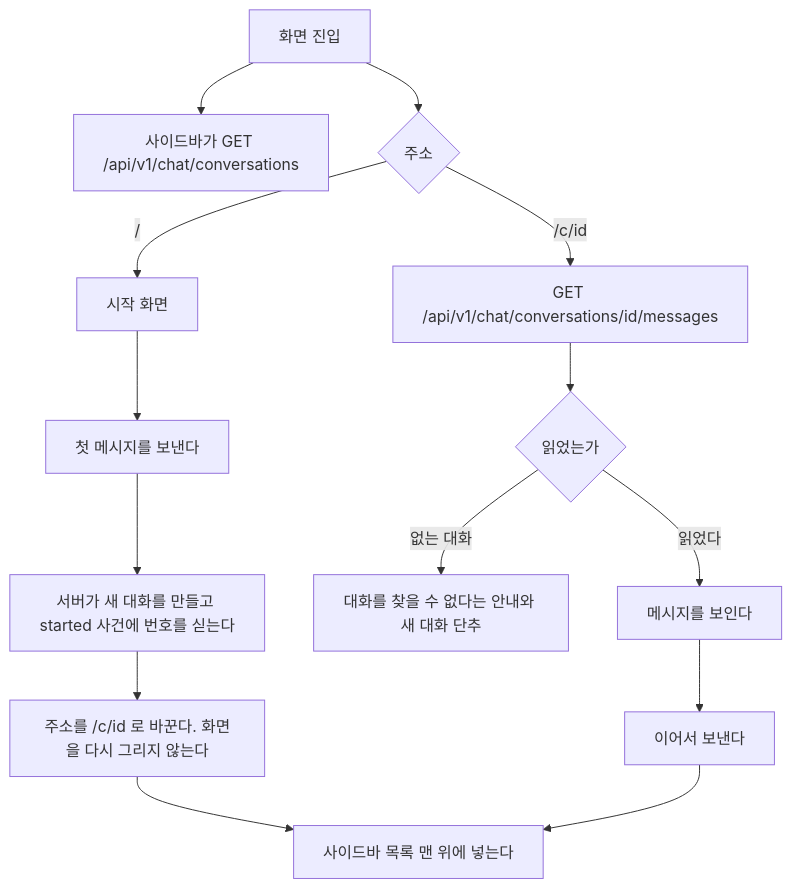
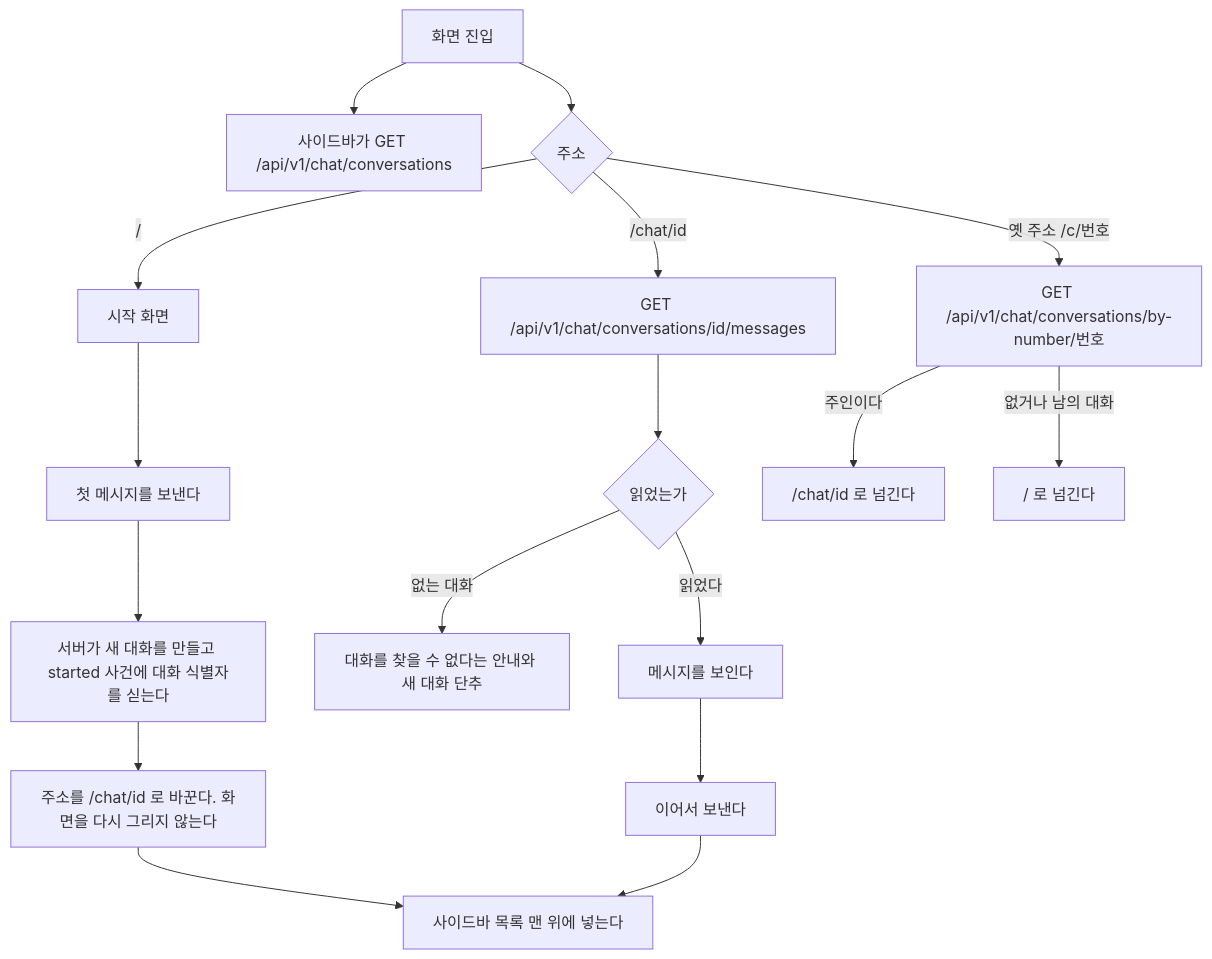
Before and after one commit to jon890/fos-assistant: the ninth of 14 diagrams in docs/flow.md, drawn with Mermaid. The commit also changed other lines of this file and 4 other files, not shown here.

First line of the commit message:
docs(docs): 대화를 주소와 API 에서 UUID 공개 식별자로 가리키는 결정과 경로를 적는다

````diff
--- a/docs/flow.md
+++ b/docs/flow.md
@@ -417,16 +418,19 @@
 ```mermaid
 flowchart TD
     A[화면 진입] --> B[사이드바가 GET /api/v1/chat/conversations]
     A --> P{주소}
     P -- / --> N[시작 화면]
-    P -- /c/id --> F[GET /api/v1/chat/conversations/id/messages]
+    P -- /chat/id --> F[GET /api/v1/chat/conversations/id/messages]
+    P -- 옛 주소 /c/번호 --> O[GET /api/v1/chat/conversations/by-number/번호]
+    O -- 주인이다 --> O1["/chat/id 로 넘긴다"]
+    O -- 없거나 남의 대화 --> O2["/ 로 넘긴다"]
     F --> F1{읽었는가}
     F1 -- 없는 대화 --> X[대화를 찾을 수 없다는 안내와 새 대화 단추]
     F1 -- 읽었다 --> G[메시지를 보인다]
     N --> I[첫 메시지를 보낸다]
-    I --> K[서버가 새 대화를 만들고 started 사건에 번호를 싣는다]
-    K --> R[주소를 /c/id 로 바꾼다. 화면을 다시 그리지 않는다]
+    I --> K[서버가 새 대화를 만들고 started 사건에 대화 식별자를 싣는다]
+    K --> R[주소를 /chat/id 로 바꾼다. 화면을 다시 그리지 않는다]
     R --> M[사이드바 목록 맨 위에 넣는다]
     G --> L[이어서 보낸다]
     L --> M
 ```
````
